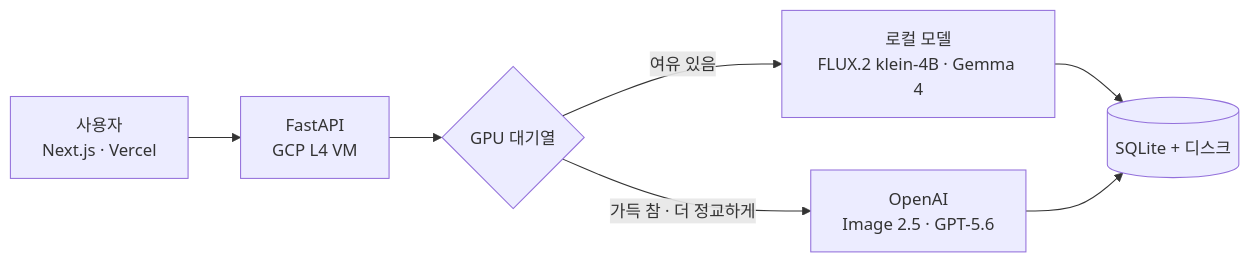
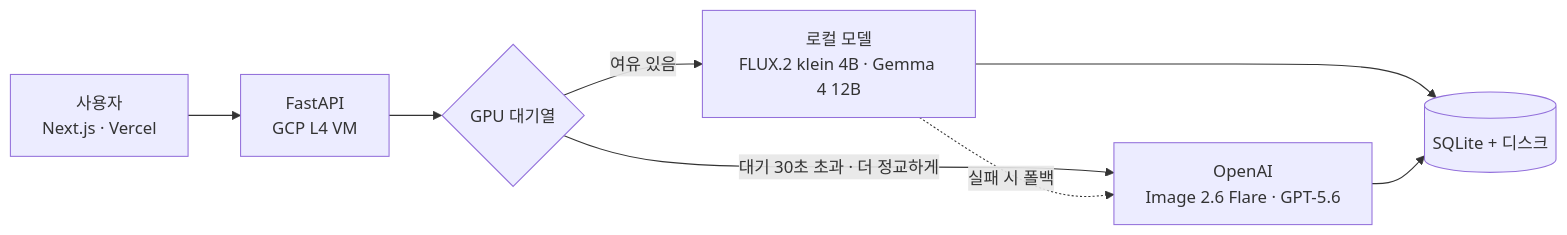
Before and after one commit to sprint-ai-12-4team/just-make-it: the diagram in README.md, drawn with Mermaid. The commit also changed other lines of this file, not shown here.

````diff
--- a/README.md
+++ b/README.md
@@ -12,9 +61,10 @@
 ```mermaid
 flowchart LR
     U["사용자\nNext.js · Vercel"] --> A["FastAPI\nGCP L4 VM"]
     A --> Q{GPU 대기열}
-    Q -->|"여유 있음"| L["로컬 모델\nFLUX.2 klein-4B · Gemma 4"]
-    Q -->|"가득 참 · 더 정교하게"| O["OpenAI\nImage 2.5 · GPT-5.6"]
+    Q -->|"여유 있음"| L["로컬 모델\nFLUX.2 klein 4B · Gemma 4 12B"]
+    Q -->|"대기 30초 초과 · 더 정교하게"| O["OpenAI\nImage 2.6 Flare · GPT-5.6"]
+    L -.->|"실패 시 폴백"| O
     L --> S[(SQLite + 디스크)]
     O --> S
 ```
````
